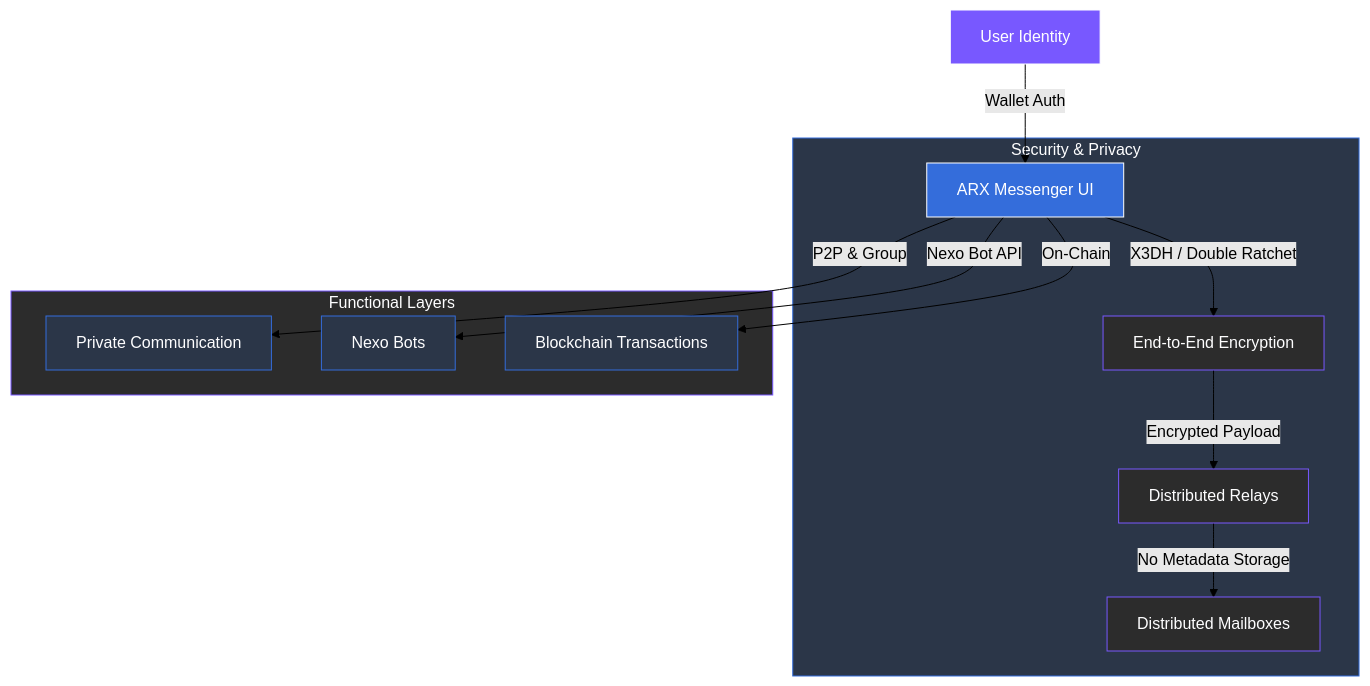
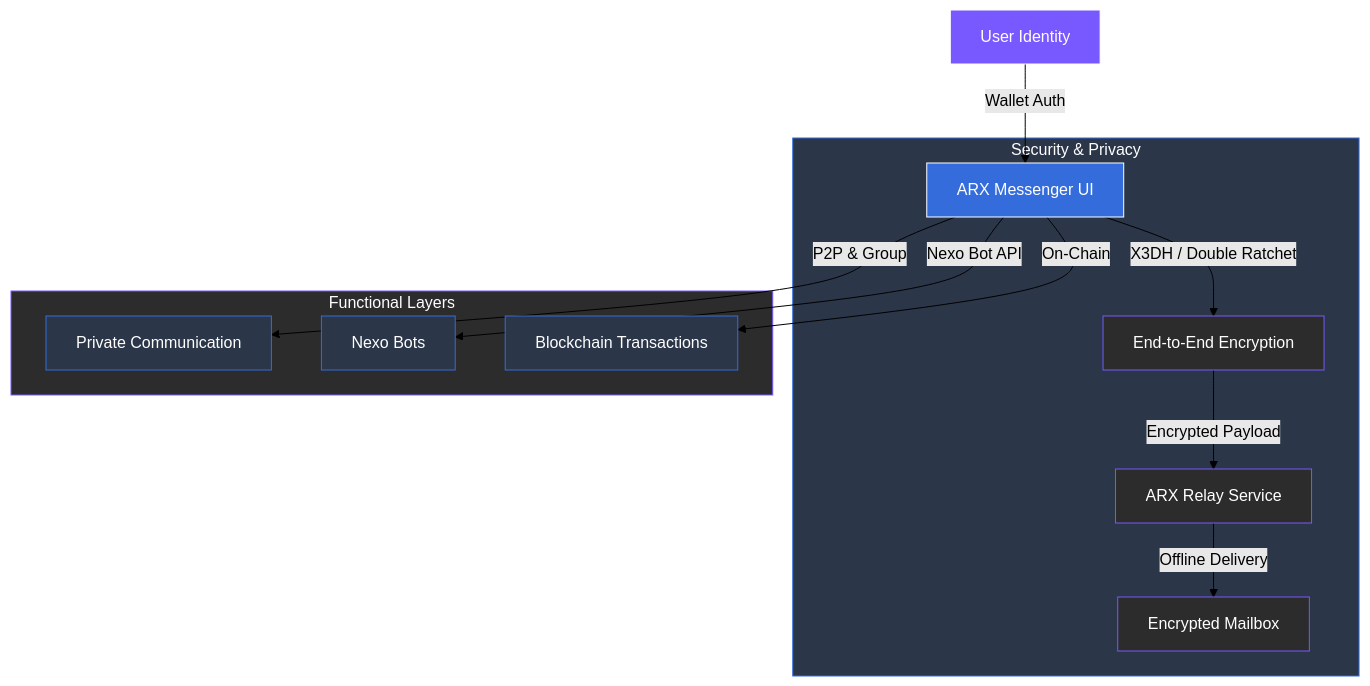
One commit to unusnullus/docs-xmtp-org changed the diagram in gitbook/home/4-product-overview/4.1-communication-arx-messenger.md. Above: the diagram before and after it, drawn with Mermaid (forest theme). The commit also changed other lines of this file and 32 other files, not shown here.

````diff
--- a/gitbook/home/4-product-overview/4.1-communication-arx-messenger.md
+++ b/gitbook/home/4-product-overview/4.1-communication-arx-messenger.md
@@ -21,35 +21,35 @@
 ```mermaid
 graph TD
     %% Global Styling
     accTitle: ARX Messenger Architecture
     accDescr: Visualizing the security and integration layers of the ARX Messenger.
 
     USER[User Identity] -->|Wallet Auth| APP[ARX Messenger UI]
 
     subgraph Security ["Security & Privacy"]
         APP -->|X3DH / Double Ratchet| E2EE[End-to-End Encryption]
-        E2EE -->|Encrypted Payload| RELAY[Distributed Relays]
-        RELAY -->|No Metadata Storage| BOX[Distributed Mailboxes]
+        E2EE -->|Encrypted Payload| RELAY[ARX Relay Service]
+        RELAY -->|Offline Delivery| BOX[Encrypted Mailbox]
     end
 
     subgraph Functionality ["Functional Layers"]
         APP -->|P2P & Group| CHAT[Private Communication]
         APP -->|Nexo Bot API| BOTS[Nexo Bots]
         APP -->|On-Chain| TX[Blockchain Transactions]
     end
 
     %% Apply Brand Palette
     style USER fill:#7858ff,stroke:#fefeff,color:#fefeff
     style APP fill:#346ddb,stroke:#fefeff,color:#fefeff
     
     style Security fill:#2B3648,stroke:#346ddb,color:#fefeff
     style Functionality fill:#2c2c2c,stroke:#7858ff,color:#fefeff
     
     style E2EE fill:#2c2c2c,stroke:#7858ff,color:#fefeff
     style RELAY fill:#2c2c2c,stroke:#7858ff,color:#fefeff
     style BOX fill:#2c2c2c,stroke:#7858ff,color:#fefeff
     
     style CHAT fill:#2B3648,stroke:#346ddb,color:#fefeff
     style BOTS fill:#2B3648,stroke:#346ddb,color:#fefeff
     style TX fill:#2B3648,stroke:#346ddb,color:#fefeff
 ```
````
